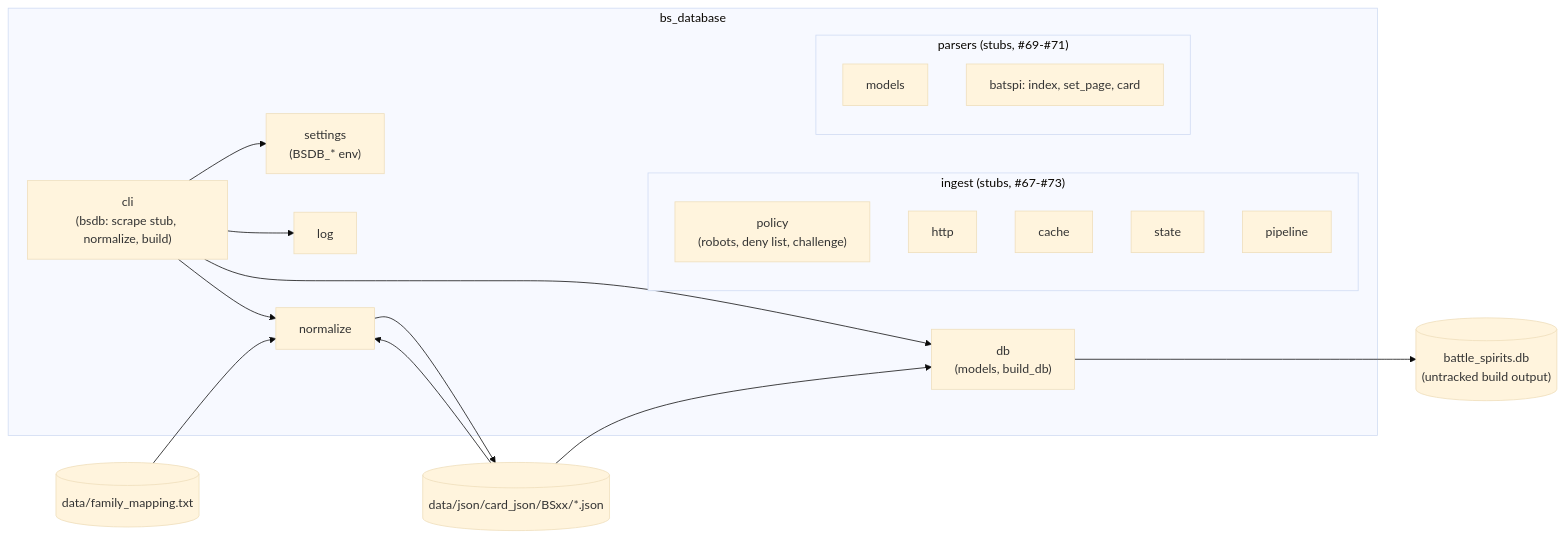
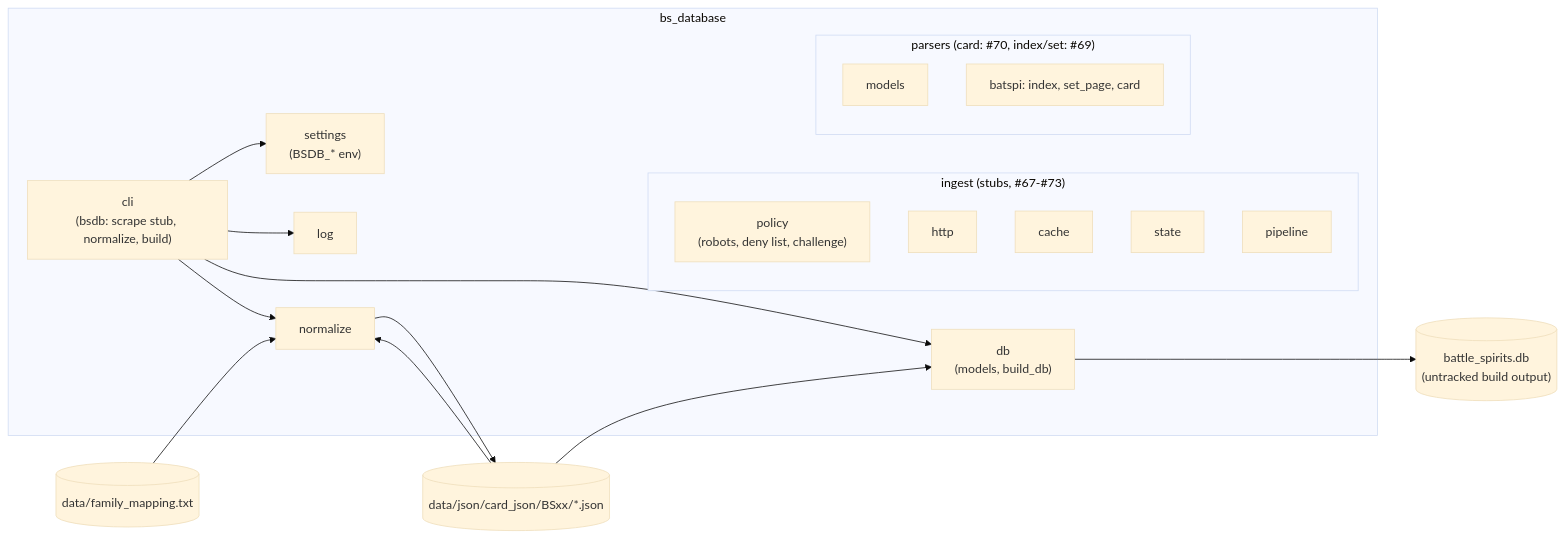
Before and after one commit to AleFire99/BS_Database: the first of 3 diagrams in docs/architecture/overview.md, drawn with Mermaid (base theme). The commit also changed other lines of this file and 2 other files, not shown here.

````diff
--- a/docs/architecture/overview.md
+++ b/docs/architecture/overview.md
@@ -7,35 +7,35 @@
 ```mermaid
 flowchart LR
     subgraph bs_database
         CLI["cli<br/>(bsdb: scrape stub, normalize, build)"]
         SET["settings<br/>(BSDB_* env)"]
         LOG["log"]
         subgraph ingest["ingest (stubs, #67-#73)"]
             POL["policy<br/>(robots, deny list, challenge)"]
             HTTP["http"]
             CACHE["cache"]
             STATE["state"]
             PIPE["pipeline"]
         end
-        subgraph parsers["parsers (stubs, #69-#71)"]
+        subgraph parsers["parsers (card: #70, index/set: #69)"]
             MODELS["models"]
             BPARSE["batspi: index, set_page, card"]
         end
         NORM["normalize"]
         DBM["db<br/>(models, build_db)"]
     end
 
     CJ[("data/json/card_json/BSxx/*.json")]
     FM[("data/family_mapping.txt")]
     DB[("battle_spirits.db<br/>(untracked build output)")]
 
     CLI --> SET
     CLI --> LOG
     CLI --> NORM
     CLI --> DBM
 
     CJ --> NORM
     FM --> NORM
     NORM --> CJ
     CJ --> DBM --> DB
 ```
````
